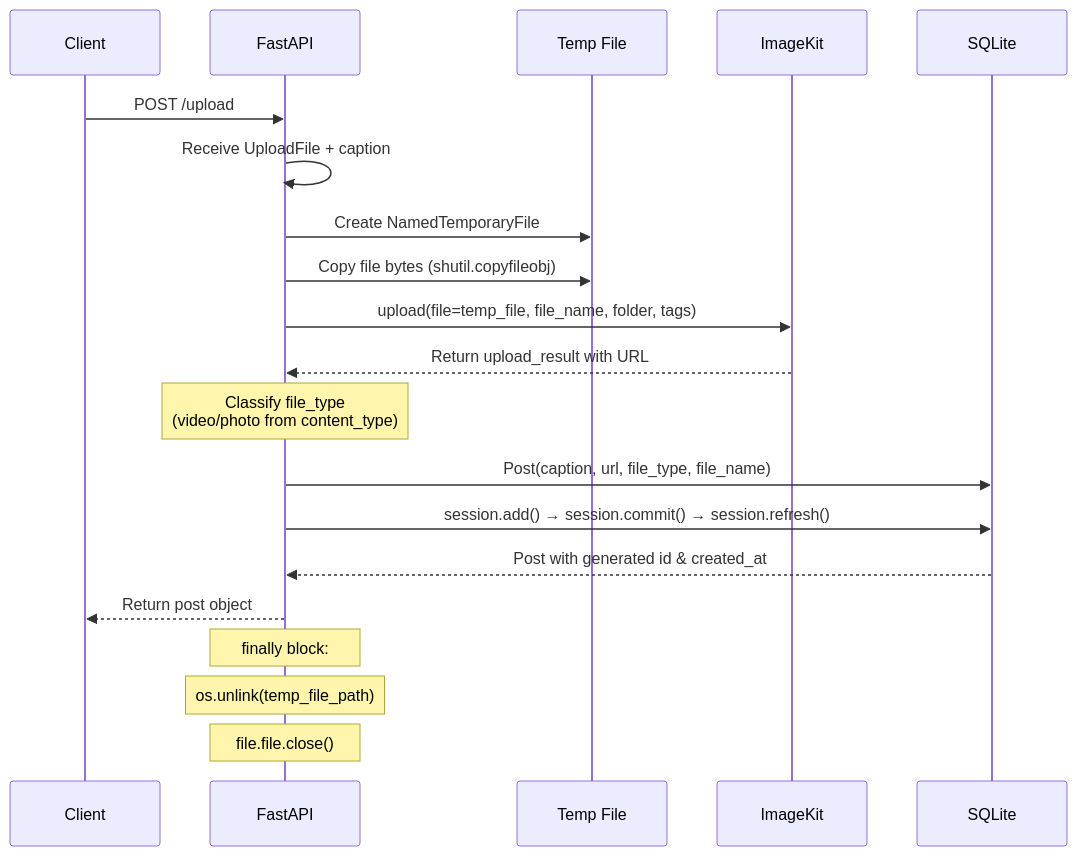
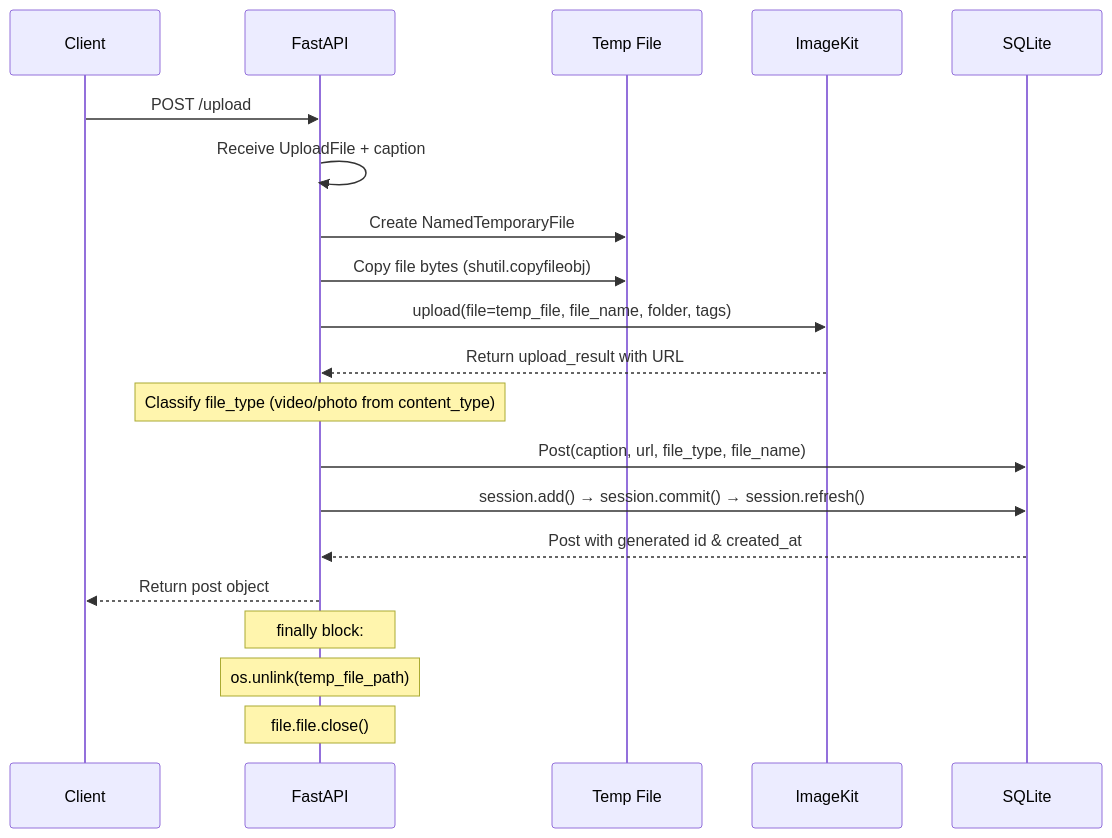
Before and after one commit to kintsugi-programmer/kintsugi-stack-fastapi: diagram 12 of 18 in README.md, drawn with Mermaid. The commit also changed other lines of this file and 1 other file, not shown here.

Commit message:
fix: remove br tags from mermaid diagrams for v11 compatibility

````diff
--- a/README.md
+++ b/README.md
@@ -992,29 +992,29 @@
 ```mermaid
 sequenceDiagram
     participant Client
     participant API as FastAPI
     participant Temp as Temp File
     participant IK as ImageKit
     participant DB as SQLite
 
     Client->>API: POST /upload
     API->>API: Receive UploadFile + caption
 
     API->>Temp: Create NamedTemporaryFile
     API->>Temp: Copy file bytes (shutil.copyfileobj)
 
     API->>IK: upload(file=temp_file, file_name, folder, tags)
     IK-->>API: Return upload_result with URL
 
-    Note over API: Classify file_type<br/>(video/photo from content_type)
+    Note over API: Classify file_type (video/photo from content_type)
 
     API->>DB: Post(caption, url, file_type, file_name)
     API->>DB: session.add() → session.commit() → session.refresh()
     DB-->>API: Post with generated id & created_at
 
     API-->>Client: Return post object
 
     Note over API: finally block:
     Note over API: os.unlink(temp_file_path)
     Note over API: file.file.close()
 ```
````
